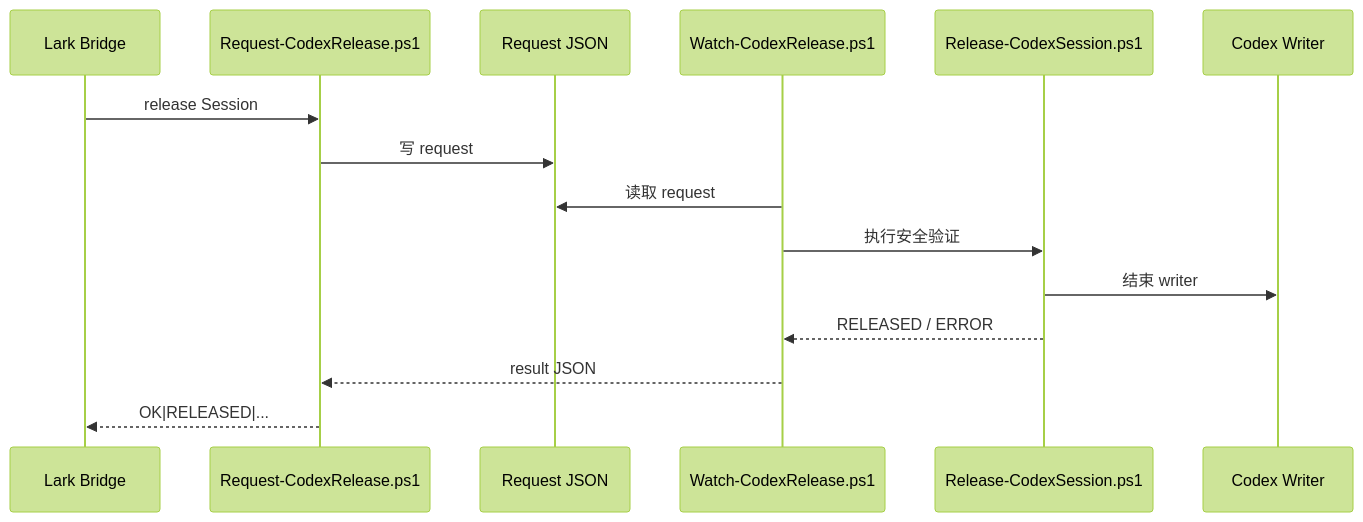
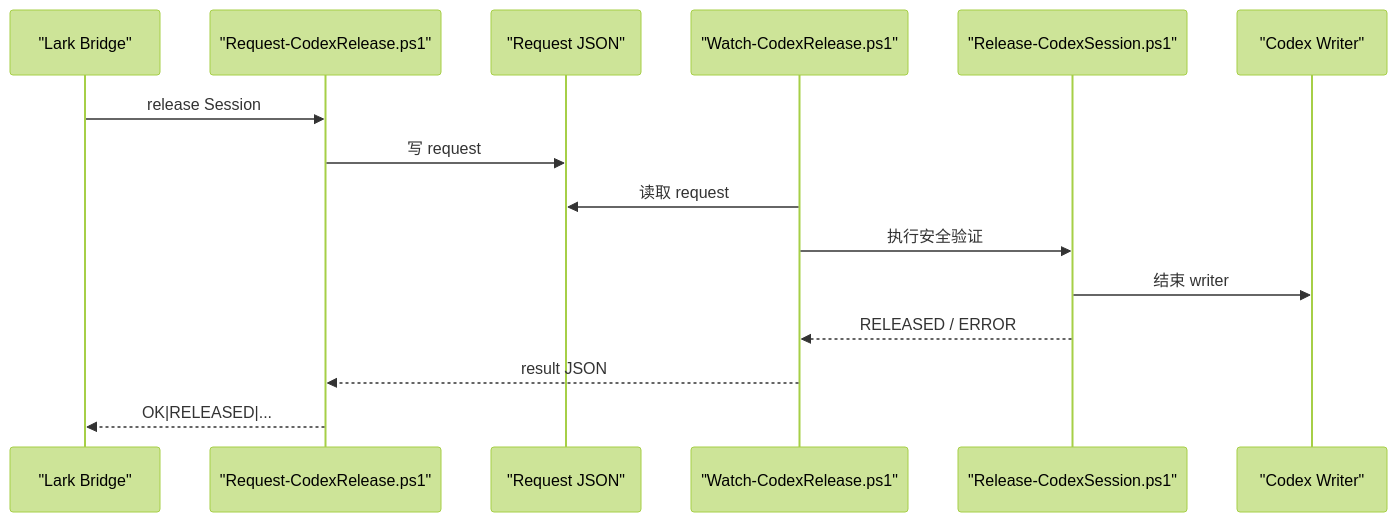
Before and after one commit to denven/lark-coding-agent-bridge: the third of 4 diagrams in local-docs/02-lark-bridge-codex-architecture.zh-CN.md, drawn with Mermaid (forest theme). The commit also changed other lines of this file and 7 other files, not shown here.

````diff
--- a/local-docs/02-lark-bridge-codex-architecture.zh-CN.md
+++ b/local-docs/02-lark-bridge-codex-architecture.zh-CN.md
@@ -322,18 +322,18 @@
 ```mermaid
 sequenceDiagram
-    participant L as Lark Bridge
-    participant R as Request-CodexRelease.ps1
-    participant Q as Request JSON
-    participant A as Watch-CodexRelease.ps1
-    participant X as Release-CodexSession.ps1
-    participant C as Codex Writer
+    participant L as "Lark Bridge"
+    participant R as "Request-CodexRelease.ps1"
+    participant Q as "Request JSON"
+    participant A as "Watch-CodexRelease.ps1"
+    participant X as "Release-CodexSession.ps1"
+    participant C as "Codex Writer"
 
     L->>R: release Session
     R->>Q: 写 request
     A->>Q: 读取 request
     A->>X: 执行安全验证
     X->>C: 结束 writer
     X-->>A: RELEASED / ERROR
     A-->>R: result JSON
     R-->>L: OK|RELEASED|...
 ```
````
